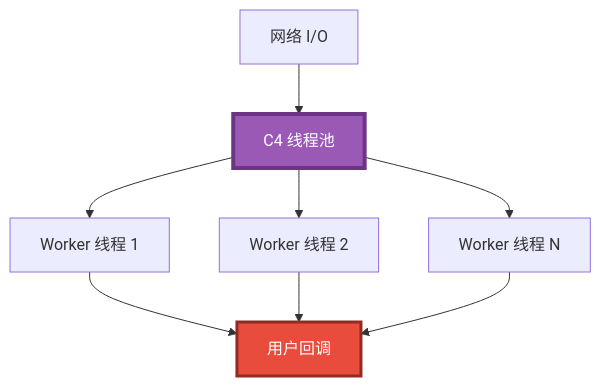
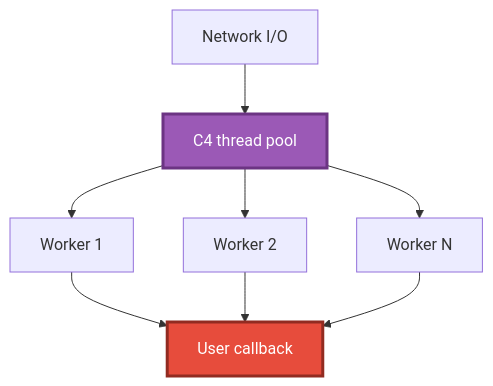
One commit to PassByYou888/LingoFuse changed diagram 13 of 26 in cpp/LingoFuse_Cpp_Knowledge_Base.md. Above: the diagram before and after it, drawn with Mermaid. The commit also changed other lines of this file, not shown here.

````diff
--- a/cpp/LingoFuse_Cpp_Knowledge_Base.md
+++ b/cpp/LingoFuse_Cpp_Knowledge_Base.md
@@ -389,13 +691,13 @@
 ```mermaid
 flowchart TB
-    NET["网络 I/O"] --> POOL["C4 线程池"]
-    POOL --> W1["Worker 线程 1"]
-    POOL --> W2["Worker 线程 2"]
-    POOL --> W3["Worker 线程 N"]
-    W1 --> CB["用户回调"]
+    NET["Network I/O"] --> POOL["C4 thread pool"]
+    POOL --> W1["Worker 1"]
+    POOL --> W2["Worker 2"]
+    POOL --> W3["Worker N"]
+    W1 --> CB["User callback"]
     W2 --> CB
     W3 --> CB
 
-    style POOL fill:#9B59B6,stroke:#6C3483,stroke-width:4px,color:#FFFFFF
+    style POOL fill:#9B59B6,stroke:#6C3483,stroke-width:3px,color:#FFFFFF
     style CB fill:#E74C3C,stroke:#922B21,stroke-width:3px,color:#FFFFFF
 ```
````
